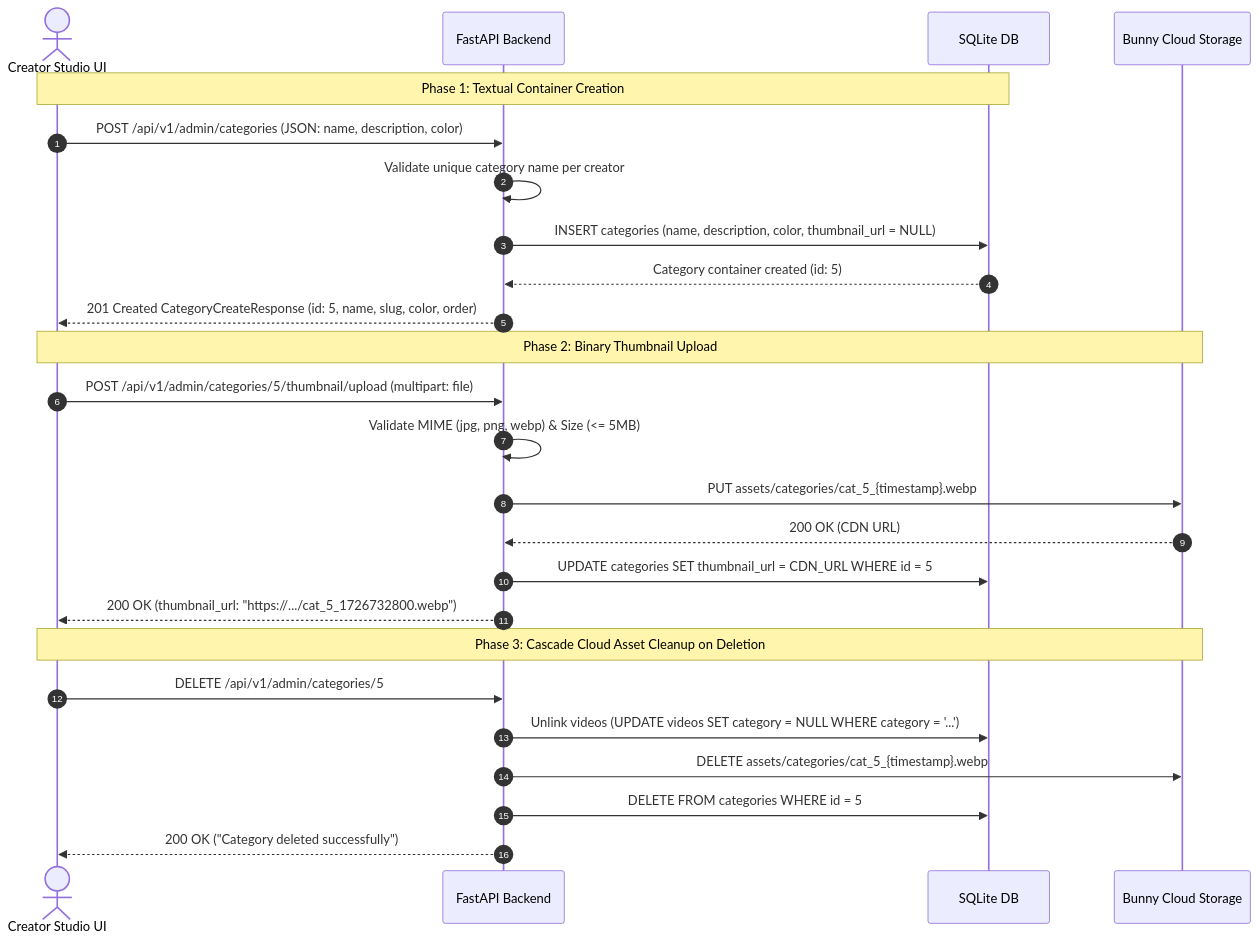
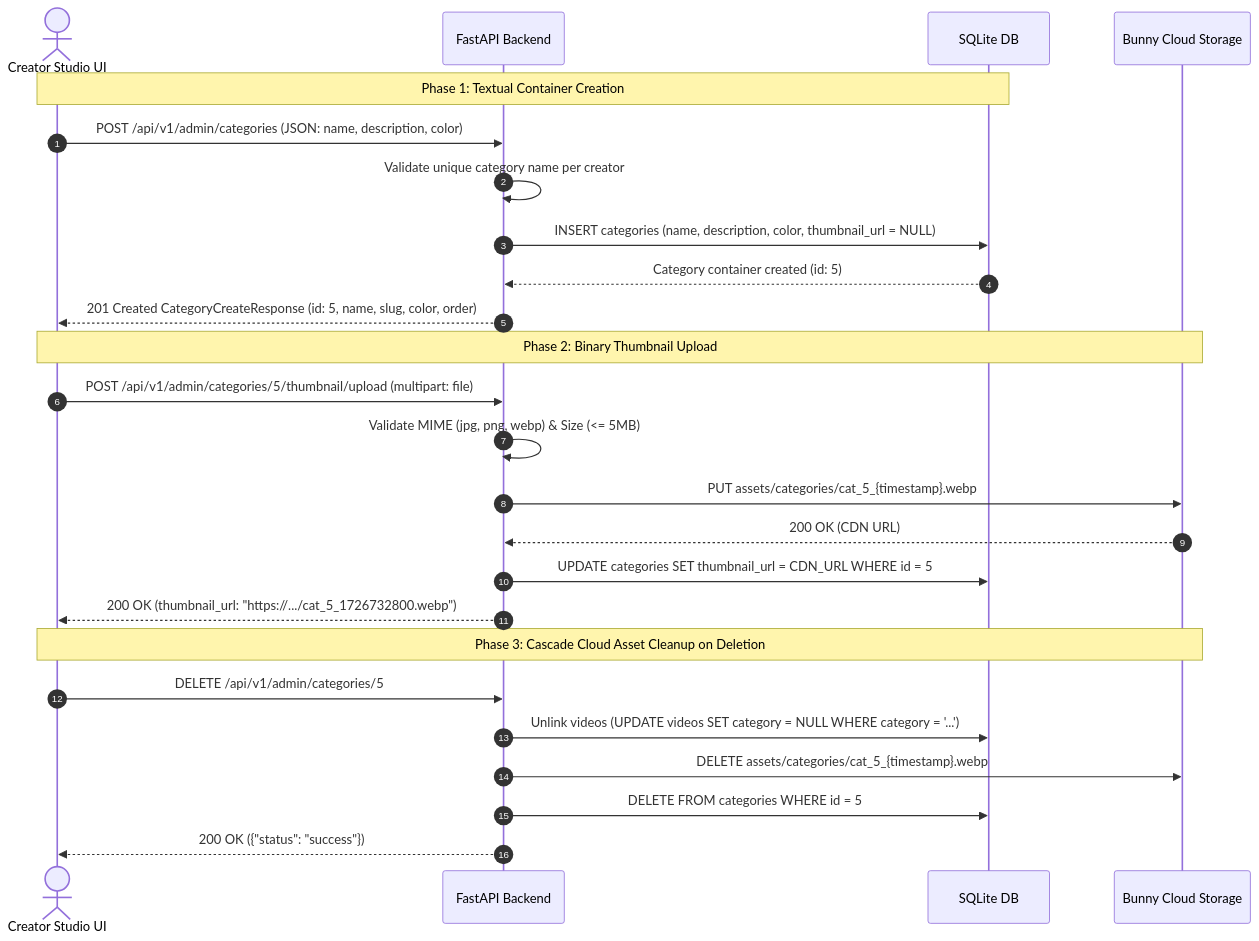
One commit to TalentSea/content-talent-backend changed the diagram in docs/admin/categories_management_api_specification.md. Above: the diagram before and after it, drawn with Mermaid. The commit also changed other lines of this file and 41 other files, not shown here.

````diff
--- a/docs/admin/categories_management_api_specification.md
+++ b/docs/admin/categories_management_api_specification.md
@@ -92,30 +92,30 @@
 ```mermaid
 sequenceDiagram
     autonumber
     actor Admin as Creator Studio UI
     participant Backend as FastAPI Backend
     participant DB as SQLite DB
     participant Bunny as Bunny Cloud Storage
 
     Note over Admin,DB: Phase 1: Textual Container Creation
     Admin->>Backend: POST /api/v1/admin/categories (JSON: name, description, color)
     Backend->>Backend: Validate unique category name per creator
     Backend->>DB: INSERT categories (name, description, color, thumbnail_url = NULL)
     DB-->>Backend: Category container created (id: 5)
     Backend-->>Admin: 201 Created CategoryCreateResponse (id: 5, name, slug, color, order)
 
     Note over Admin,Bunny: Phase 2: Binary Thumbnail Upload
     Admin->>Backend: POST /api/v1/admin/categories/5/thumbnail/upload (multipart: file)
     Backend->>Backend: Validate MIME (jpg, png, webp) & Size (<= 5MB)
     Backend->>Bunny: PUT assets/categories/cat_5_{timestamp}.webp
     Bunny-->>Backend: 200 OK (CDN URL)
     Backend->>DB: UPDATE categories SET thumbnail_url = CDN_URL WHERE id = 5
     Backend-->>Admin: 200 OK (thumbnail_url: "https://.../cat_5_1726732800.webp")
 
     Note over Admin,Bunny: Phase 3: Cascade Cloud Asset Cleanup on Deletion
     Admin->>Backend: DELETE /api/v1/admin/categories/5
     Backend->>DB: Unlink videos (UPDATE videos SET category = NULL WHERE category = '...')
     Backend->>Bunny: DELETE assets/categories/cat_5_{timestamp}.webp
     Backend->>DB: DELETE FROM categories WHERE id = 5
-    Backend-->>Admin: 200 OK ("Category deleted successfully")
+    Backend-->>Admin: 200 OK ({"status": "success"})
 ```
````
